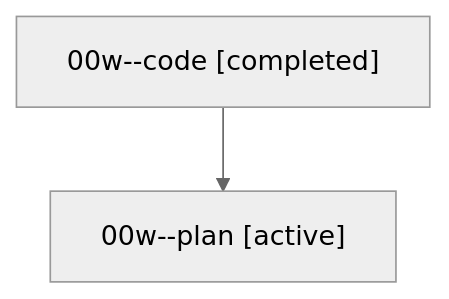
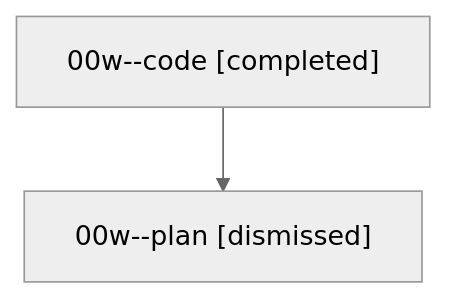
The diagram in sessions/bbugyi200.athena.00w.md (bobs-org/bob-cli--agents), drawn with Mermaid (neutral theme) before and after one commit. The commit also changed other lines of this file and 62 other files, not shown here.

````diff
--- a/sessions/bbugyi200.athena.00w.md
+++ b/sessions/bbugyi200.athena.00w.md
@@ -9,6 +9,6 @@
 ```mermaid
 flowchart TD
   n0["00w--code [completed]"]
-  n1["00w--plan [active]"]
+  n1["00w--plan [dismissed]"]
   n0 --> n1
 ```
````
